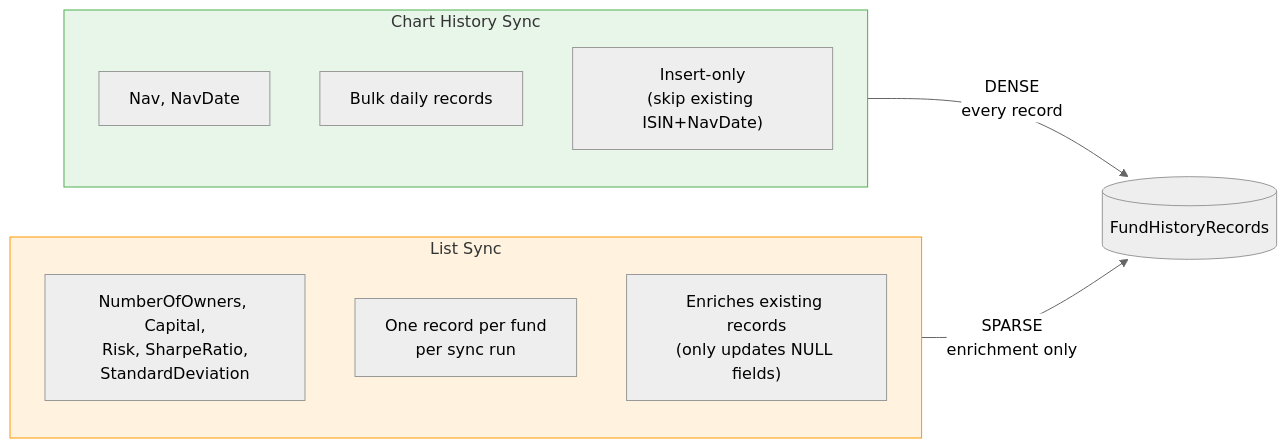
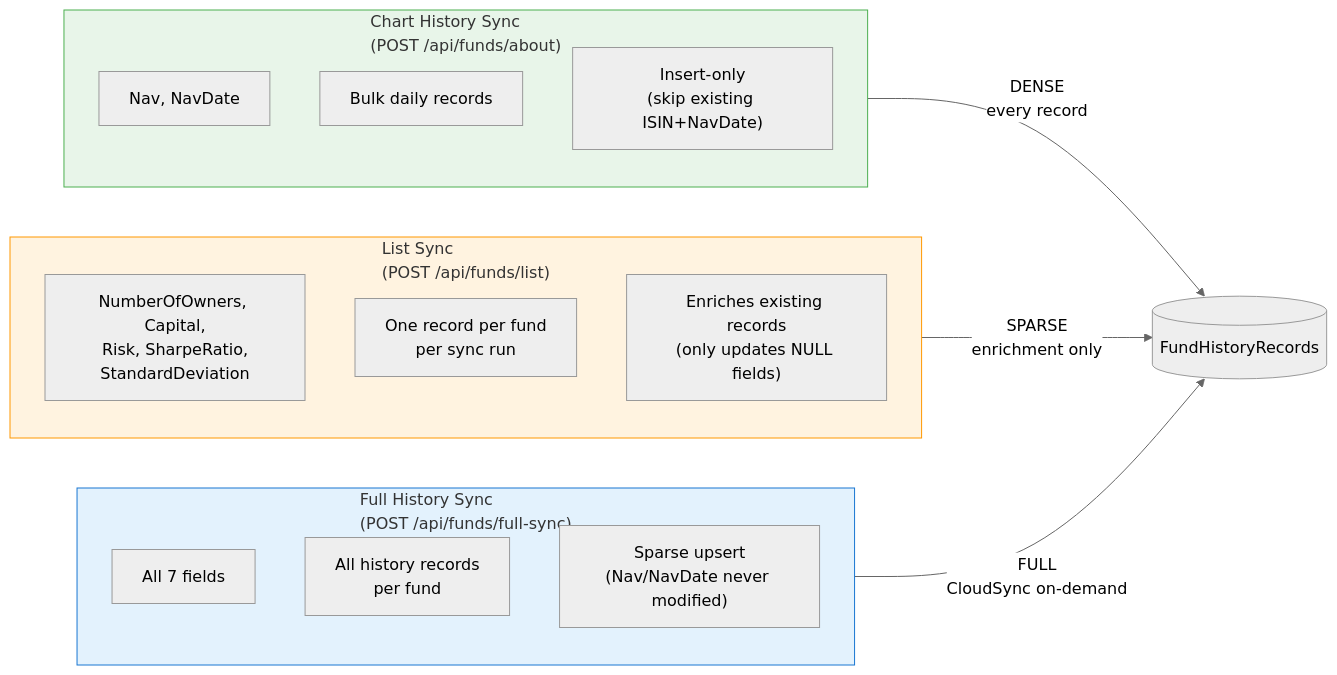
Before and after one commit to Muhomorik/SemanticKernel-FundDocsQnA-dotnet-nextjs: the sixth of 7 diagrams in backend/README.md, drawn with Mermaid (neutral theme). The commit also changed other lines of this file and 14 other files, not shown here.

Commit message:
Add DTOs, repositories, and tests for full-sync support of fund profiles and history data. Implement `POST /api/funds/full-sync` integration tests. Refine `UpsertSparseRangeAsync` and `InsertIfNotExistsAsync` to handle insert/update scenarios correctly.

````diff
--- a/backend/README.md
+++ b/backend/README.md
@@ -365,22 +365,31 @@
 ```mermaid
 flowchart LR
-    subgraph ChartSync["Chart History Sync"]
+    subgraph ChartSync["Chart History Sync\n(POST /api/funds/about)"]
         direction TB
         CS_Fields["Nav, NavDate"]
         CS_Freq["Bulk daily records"]
         CS_Mode["Insert-only<br/>(skip existing ISIN+NavDate)"]
     end
 
-    subgraph ListSync["List Sync"]
+    subgraph ListSync["List Sync\n(POST /api/funds/list)"]
         direction TB
         LS_Fields["NumberOfOwners, Capital,<br/>Risk, SharpeRatio,<br/>StandardDeviation"]
         LS_Freq["One record per fund<br/>per sync run"]
         LS_Mode["Enriches existing records<br/>(only updates NULL fields)"]
     end
 
+    subgraph FullSync["Full History Sync\n(POST /api/funds/full-sync)"]
+        direction TB
+        FS_Fields["All 7 fields"]
+        FS_Freq["All history records<br/>per fund"]
+        FS_Mode["Sparse upsert<br/>(Nav/NavDate never modified)"]
+    end
+
     ChartSync -->|"DENSE<br/>every record"| HR[(FundHistoryRecords)]
     ListSync -->|"SPARSE<br/>enrichment only"| HR
+    FullSync -->|"FULL<br/>CloudSync on-demand"| HR
 
     style ChartSync fill:#e8f5e9,stroke:#4caf50
     style ListSync fill:#fff3e0,stroke:#ff9800
+    style FullSync fill:#e3f2fd,stroke:#1976d2
 ```
````
